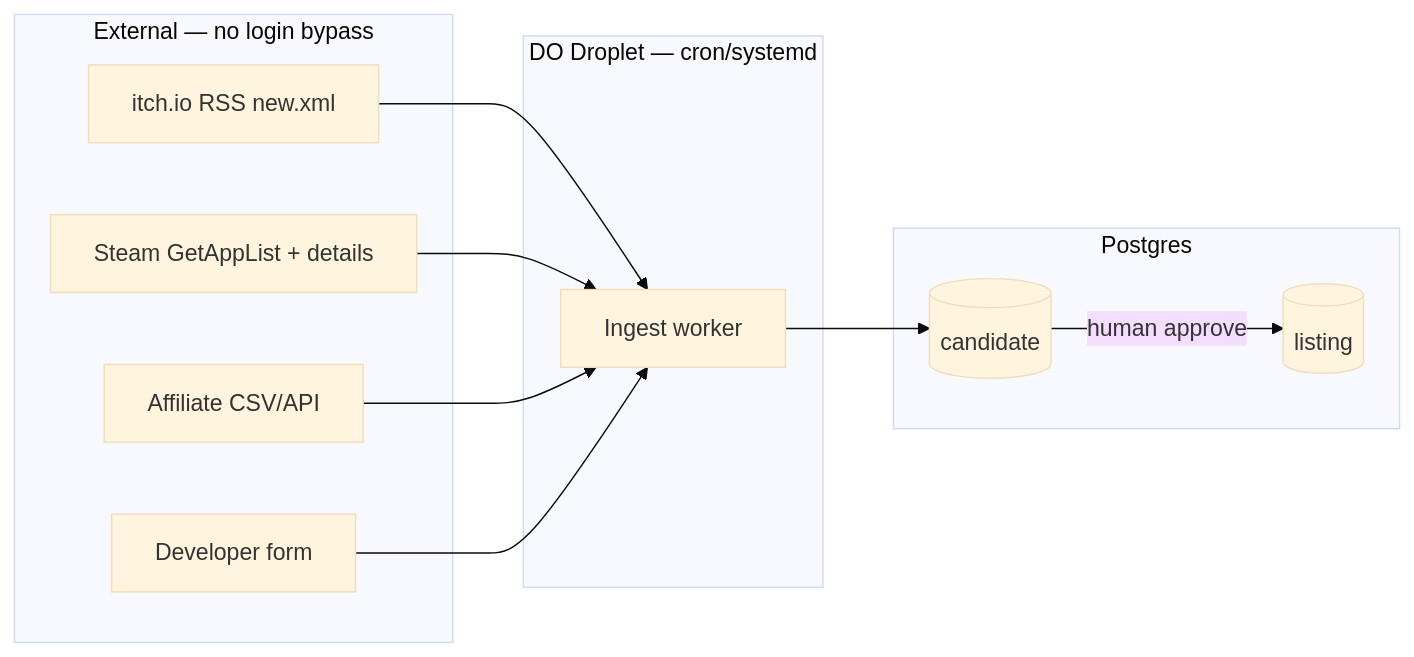
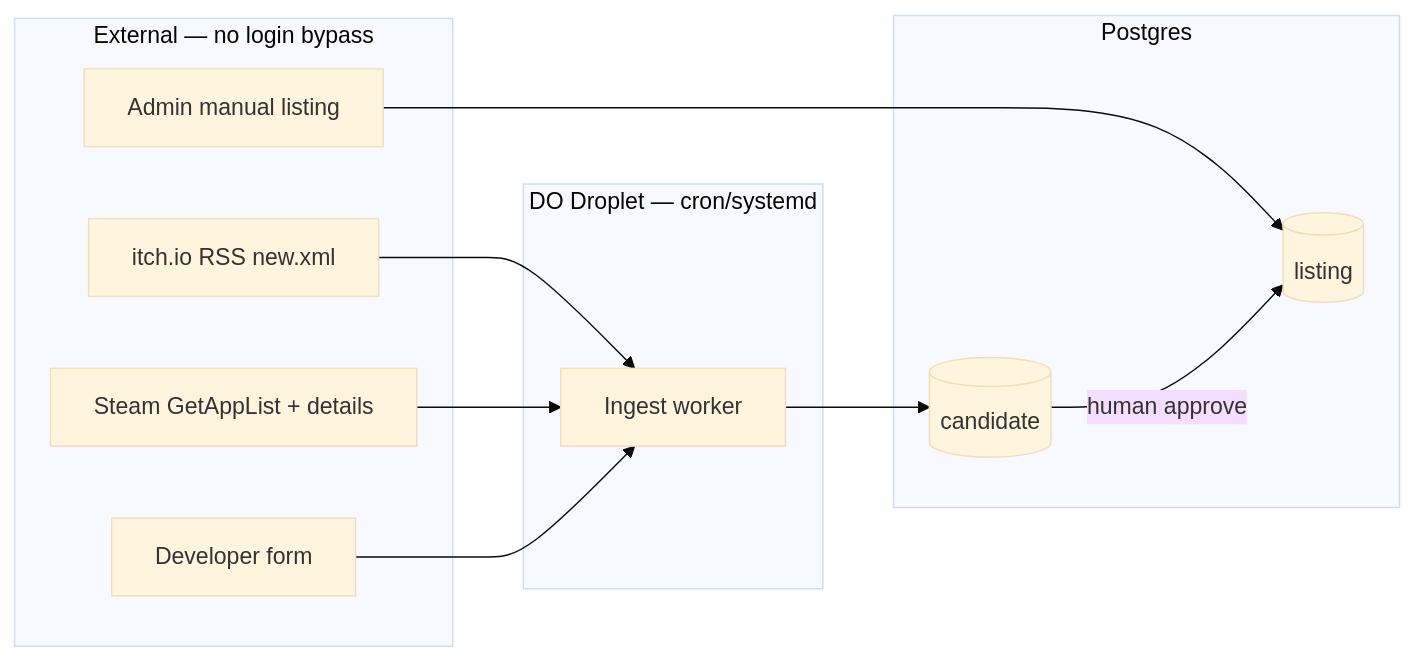
Before and after one commit to n0social/NSFW-Droid: the diagram in docs/data-and-ingest.md, drawn with Mermaid (base theme). The commit also changed other lines of this file and 31 other files, not shown here.

````diff
--- a/docs/data-and-ingest.md
+++ b/docs/data-and-ingest.md
@@ -89,25 +89,25 @@
 ```mermaid
 flowchart LR
   subgraph sources [External — no login bypass]
     itch[itch.io RSS new.xml]
     steam[Steam GetAppList + details]
-    aff[Affiliate CSV/API]
+    manual[Admin manual listing]
     form[Developer form]
   end
 
   subgraph dovm [DO Droplet — cron/systemd]
     job[Ingest worker]
   end
 
   subgraph db [Postgres]
     cand[(candidate)]
     list[(listing)]
   end
 
   itch --> job
   steam --> job
-  aff --> job
   form --> job
+  manual --> list
   job --> cand
   cand -->|human approve| list
 ```
````
